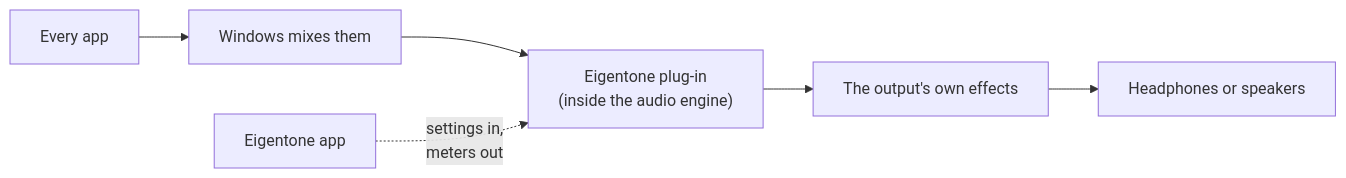
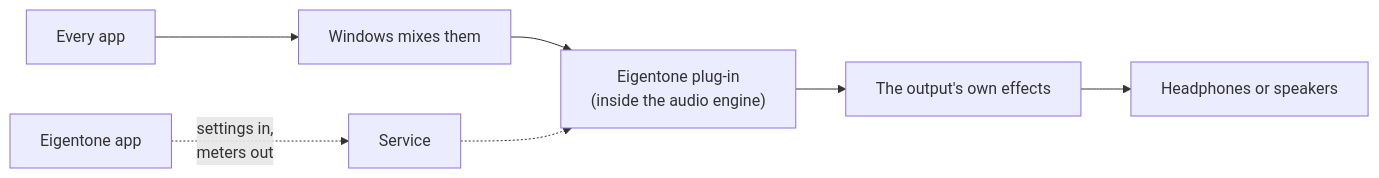
One commit to Dragjon/eigentone-windows changed the diagram in README.md. Above: the diagram before and after it, drawn with Mermaid. The commit also changed other lines of this file and 3 other files, not shown here.

````diff
--- a/README.md
+++ b/README.md
@@ -27,8 +58,8 @@
 ```mermaid
 flowchart LR
     A["Every app"] --> W["Windows mixes them"]
     W --> E["Eigentone plug-in<br/>(inside the audio engine)"]
     E --> D["The output's own effects"]
     D --> O["Headphones or speakers"]
-    App["Eigentone app"] -. "settings in,<br/>meters out" .-> E
+    App["Eigentone app"] -. "settings in,<br/>meters out" .-> S["Service"] -.-> E
 ```
````
